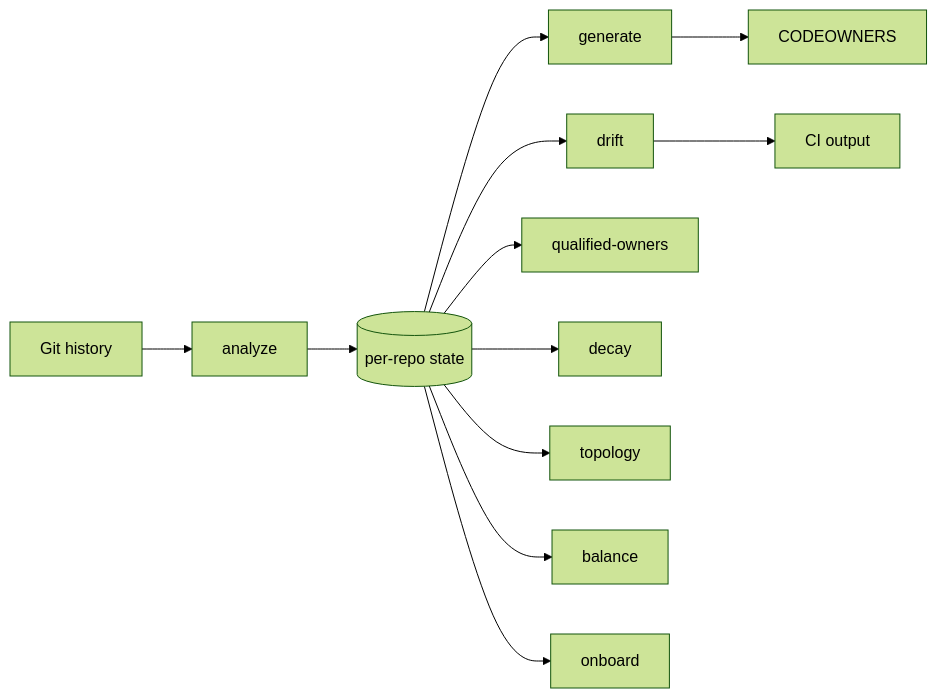
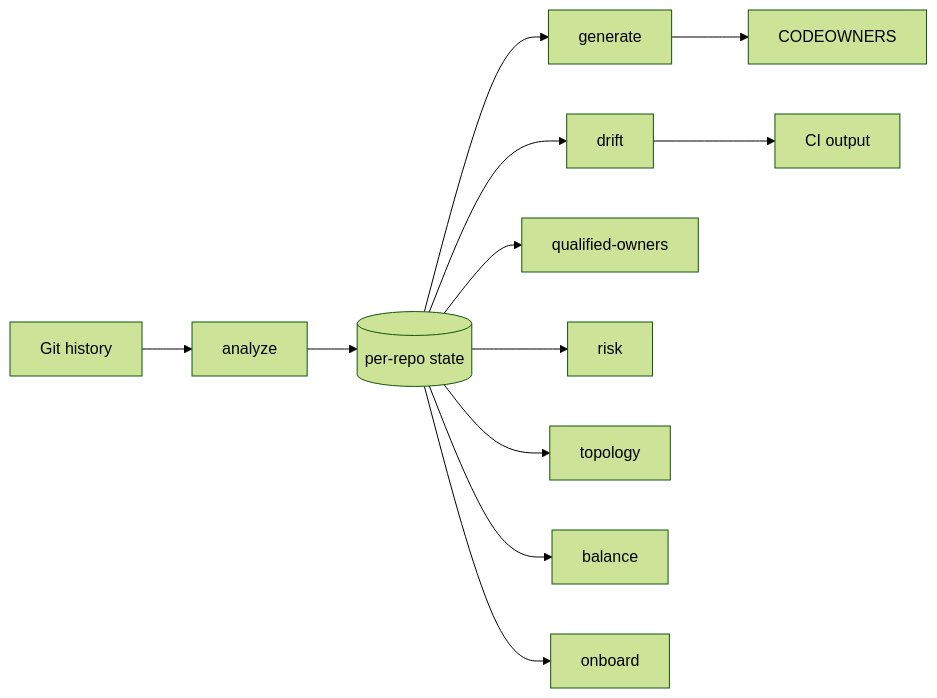
The first of 2 diagrams in docs/USAGE.md (smusali/checkOwners), drawn with Mermaid (forest theme) before and after one commit. The commit also changed other lines of this file and 25 other files, not shown here.

````diff
--- a/docs/USAGE.md
+++ b/docs/USAGE.md
@@ -9,14 +9,14 @@
 ```mermaid
 flowchart LR
     Git[Git history] --> Analyze[analyze]
     Analyze --> State[(per-repo state)]
     State --> Generate[generate]
     State --> Drift[drift]
     State --> Owners[qualified-owners]
-    State --> Decay[decay]
+    State --> Risk[risk]
     State --> Topology[topology]
     State --> Balance[balance]
     State --> Onboard[onboard]
     Generate --> CO[CODEOWNERS]
     Drift --> CI[CI output]
 ```
````
